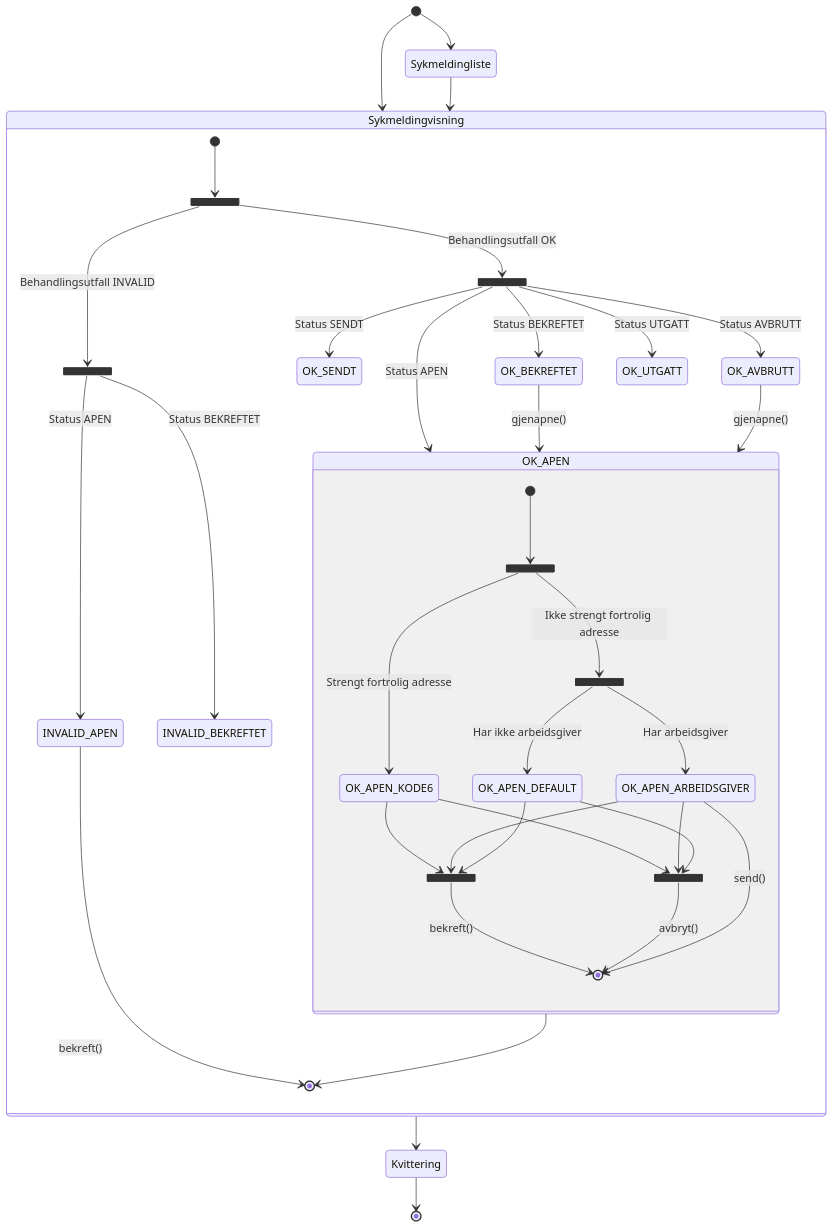
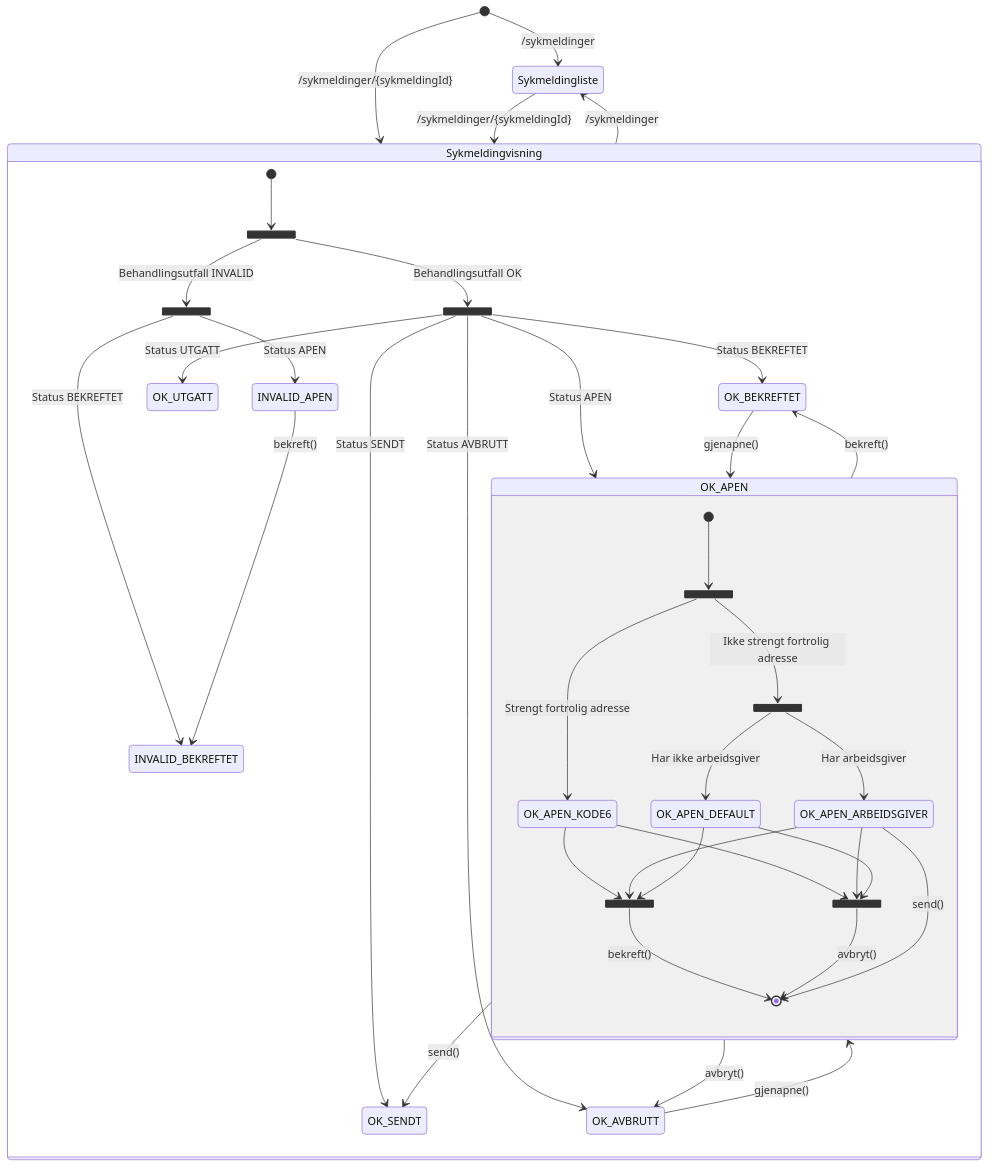
Before and after one commit to navikt/sykmeldinger: the diagram in stateDiagram.md, drawn with Mermaid.

Commit message:
update state diagram

````diff
--- a/stateDiagram.md
+++ b/stateDiagram.md
@@ -1,59 +1,61 @@
 ```mermaid
 stateDiagram-v2
-    [*] --> Sykmeldingliste
-    [*] --> Sykmeldingvisning
-    Sykmeldingvisning --> Kvittering
-    Sykmeldingliste --> Sykmeldingvisning
-    Kvittering --> [*]
+    [*] --> Sykmeldingliste: /sykmeldinger
+    [*] --> Sykmeldingvisning: /sykmeldinger/{sykmeldingId}
+    Sykmeldingliste --> Sykmeldingvisning: /sykmeldinger/{sykmeldingId}
+    Sykmeldingvisning --> Sykmeldingliste: /sykmeldinger
 
     state Sykmeldingvisning {
         state BEHANDLINGSUTFALL <<fork>>
         state OK_STATUS <<fork>>
         state INVALID_STATUS <<fork>>
 
         [*] --> BEHANDLINGSUTFALL
         BEHANDLINGSUTFALL --> OK_STATUS: Behandlingsutfall OK
         BEHANDLINGSUTFALL --> INVALID_STATUS: Behandlingsutfall INVALID
 
         OK_STATUS --> OK_APEN: Status APEN
         OK_STATUS --> OK_SENDT: Status SENDT
         OK_STATUS --> OK_BEKREFTET: Status BEKREFTET
         OK_STATUS --> OK_AVBRUTT: Status AVBRUTT
         OK_STATUS --> OK_UTGATT: Status UTGATT
 
         INVALID_STATUS --> INVALID_APEN: Status APEN
         INVALID_STATUS --> INVALID_BEKREFTET: Status BEKREFTET
 
         OK_BEKREFTET --> OK_APEN: gjenapne()
         OK_AVBRUTT --> OK_APEN: gjenapne()
 
-        OK_APEN --> [*]
-        INVALID_APEN --> [*]: bekreft()
+        OK_APEN --> OK_BEKREFTET: bekreft()
+        OK_APEN --> OK_AVBRUTT: avbryt()
+        OK_APEN --> OK_SENDT: send()
+
+        INVALID_APEN --> INVALID_BEKREFTET: bekreft()
 
         state OK_APEN {
             state KODE6 <<fork>>
             state ARBEIDSGIVER <<fork>>
             state BEKREFT <<join>>
             state AVBRYT <<join>>
 
             [*] --> KODE6
             KODE6 --> OK_APEN_KODE6: Strengt fortrolig adresse
             KODE6 --> ARBEIDSGIVER: Ikke strengt fortrolig adresse
 
             ARBEIDSGIVER --> OK_APEN_ARBEIDSGIVER: Har arbeidsgiver
             ARBEIDSGIVER --> OK_APEN_DEFAULT: Har ikke arbeidsgiver
 
             OK_APEN_KODE6 --> BEKREFT
             OK_APEN_ARBEIDSGIVER --> BEKREFT
             OK_APEN_DEFAULT --> BEKREFT
 
             OK_APEN_KODE6 --> AVBRYT
             OK_APEN_ARBEIDSGIVER --> AVBRYT
             OK_APEN_DEFAULT --> AVBRYT
 
             BEKREFT --> [*]: bekreft()
             AVBRYT --> [*]: avbryt()
             OK_APEN_ARBEIDSGIVER --> [*]: send()
         }
     }
 ```
````
